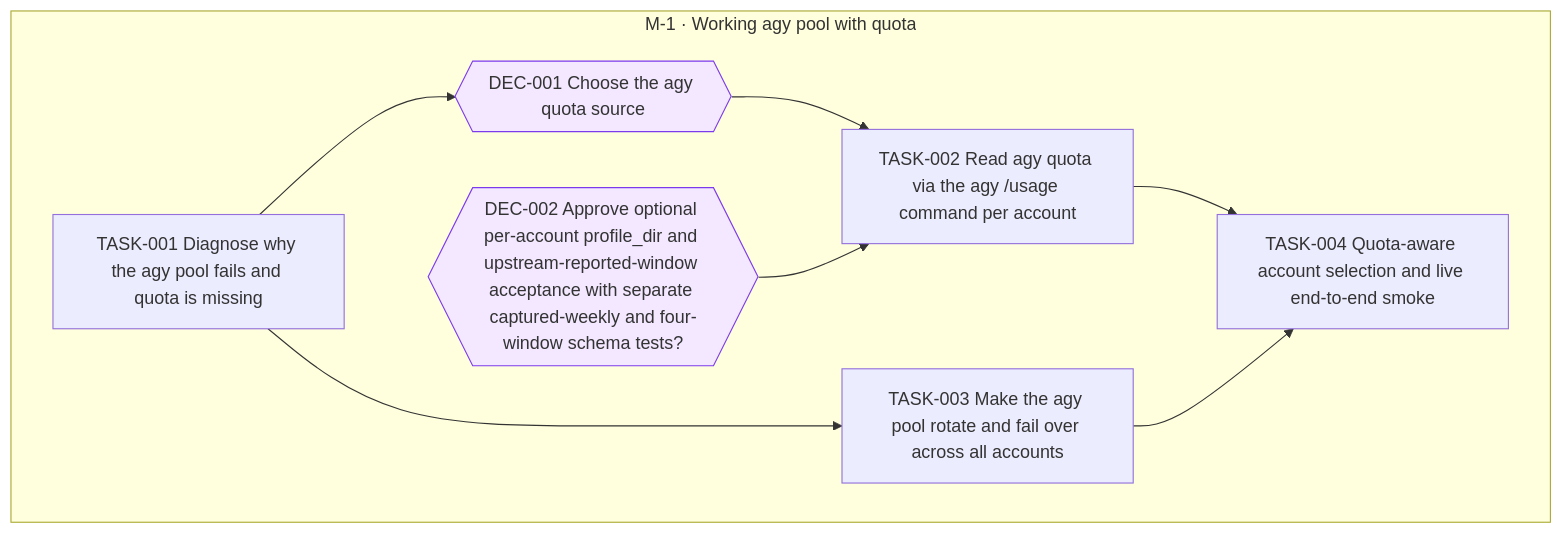
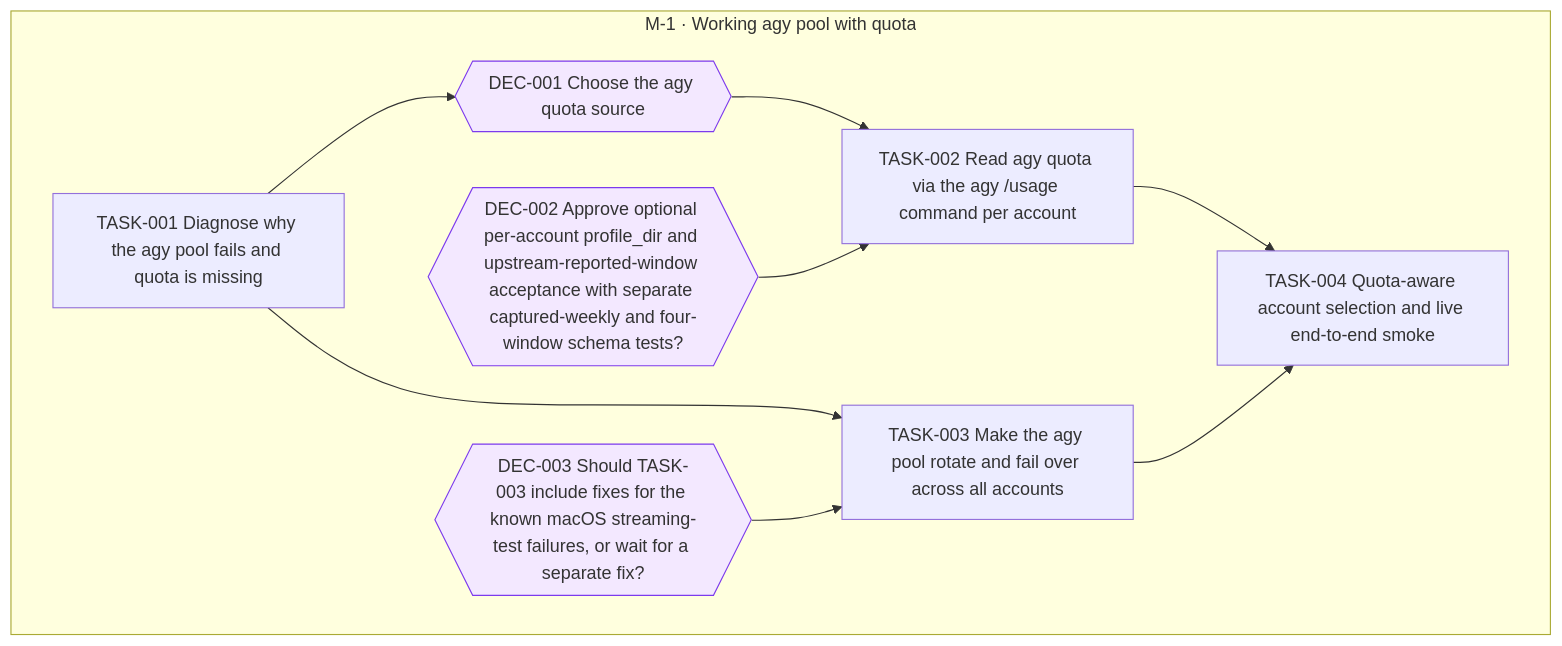
One commit to jesusvillota/shunt changed the diagram in goals/agy-pool/README.md. Above: the diagram before and after it, drawn with Mermaid. The commit also changed 3 other files, not shown here.

Commit message:
goal(agy-pool): request DEC-003 from TASK-003

````diff
--- a/goals/agy-pool/README.md
+++ b/goals/agy-pool/README.md
@@ -19,22 +19,25 @@
 ```mermaid
 flowchart TD
   subgraph M_1["M-1 · Working agy pool with quota"]
     DEC_001{{"DEC-001 Choose the agy quota source"}}
     DEC_002{{"DEC-002 Approve optional per-account profile_dir and upstream-reported-window acceptance with separate captured-weekly and four-window schema tests?"}}
+    DEC_003{{"DEC-003 Should TASK-003 include fixes for the known macOS streaming-test failures, or wait for a separate fix?"}}
     TASK_001["TASK-001 Diagnose why the agy pool fails and quota is missing"]
     TASK_002["TASK-002 Read agy quota via the agy /usage command per account"]
     TASK_003["TASK-003 Make the agy pool rotate and fail over across all accounts"]
     TASK_004["TASK-004 Quota-aware account selection and live end-to-end smoke"]
   end
   TASK_001 --> DEC_001
   DEC_001 --> TASK_002
   DEC_002 --> TASK_002
   TASK_001 --> TASK_003
+  DEC_003 --> TASK_003
   TASK_002 --> TASK_004
   TASK_003 --> TASK_004
   classDef draft stroke-dasharray: 4 3
   classDef cancelled opacity:0.45
   classDef decision fill:#f3e8ff,stroke:#7c3aed
   class DEC_001 decision
   class DEC_002 decision
+  class DEC_003 decision
 ```
````
